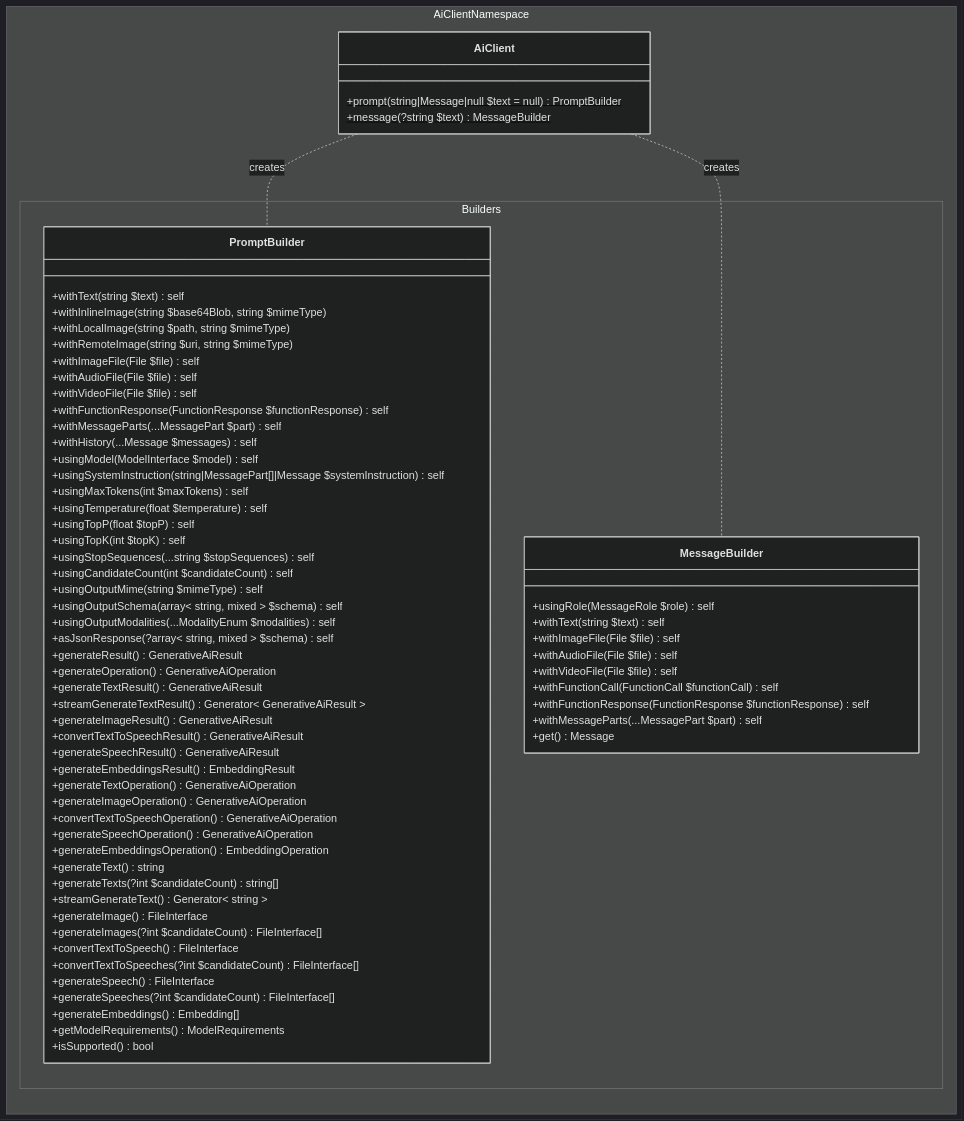
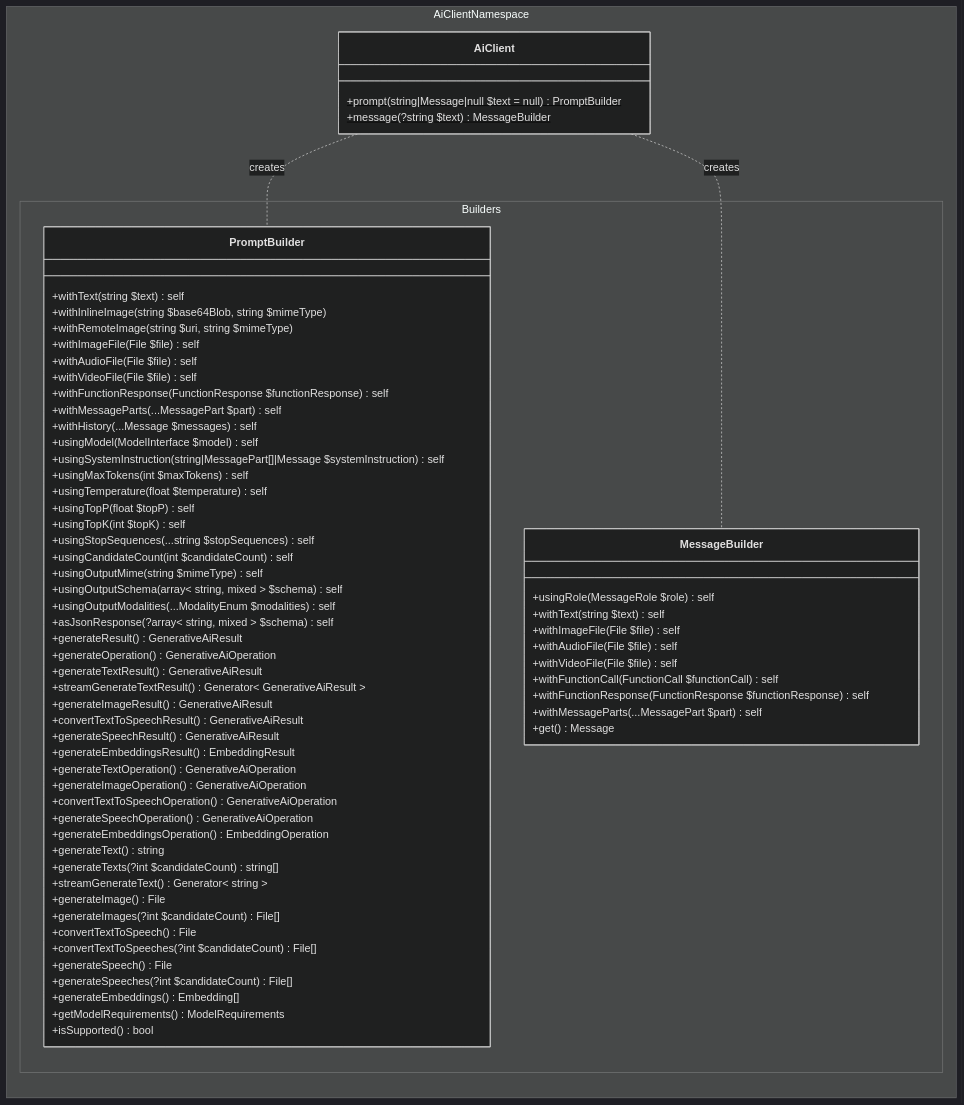
One commit to WordPress/php-ai-client changed the first of 5 diagrams in docs/ARCHITECTURE.md. Above: the diagram before and after it, drawn with Mermaid (dark theme). The commit also changed other lines of this file, not shown here.

Commit message:
Update architecture to have correctly outline revised file API layer.

````diff
--- a/docs/ARCHITECTURE.md
+++ b/docs/ARCHITECTURE.md
@@ -288,82 +288,81 @@
 ```mermaid
 ---
 config:
   class:
     hideEmptyMembersBox: true
 ---
 classDiagram
 direction LR
     namespace AiClientNamespace {
         class AiClient {
             +prompt(string|Message|null $text = null) PromptBuilder$
             +message(?string $text) MessageBuilder$
         }
     }
 
     namespace AiClientNamespace.Builders {
         class PromptBuilder {
             +withText(string $text) self
             +withInlineImage(string $base64Blob, string $mimeType)
-            +withLocalImage(string $path, string $mimeType)
             +withRemoteImage(string $uri, string $mimeType)
             +withImageFile(File $file) self
             +withAudioFile(File $file) self
             +withVideoFile(File $file) self
             +withFunctionResponse(FunctionResponse $functionResponse) self
             +withMessageParts(...MessagePart $part) self
             +withHistory(...Message $messages) self
             +usingModel(ModelInterface $model) self
             +usingSystemInstruction(string|MessagePart[]|Message $systemInstruction) self
             +usingMaxTokens(int $maxTokens) self
             +usingTemperature(float $temperature) self
             +usingTopP(float $topP) self
             +usingTopK(int $topK) self
             +usingStopSequences(...string $stopSequences) self
             +usingCandidateCount(int $candidateCount) self
             +usingOutputMime(string $mimeType) self
             +usingOutputSchema(array< string, mixed > $schema) self
             +usingOutputModalities(...ModalityEnum $modalities) self
             +asJsonResponse(?array< string, mixed > $schema) self
             +generateResult() GenerativeAiResult
             +generateOperation() GenerativeAiOperation
             +generateTextResult() GenerativeAiResult
             +streamGenerateTextResult() Generator< GenerativeAiResult >
             +generateImageResult() GenerativeAiResult
             +convertTextToSpeechResult() GenerativeAiResult
             +generateSpeechResult() GenerativeAiResult
             +generateEmbeddingsResult() EmbeddingResult
             +generateTextOperation() GenerativeAiOperation
             +generateImageOperation() GenerativeAiOperation
             +convertTextToSpeechOperation() GenerativeAiOperation
             +generateSpeechOperation() GenerativeAiOperation
             +generateEmbeddingsOperation() EmbeddingOperation
             +generateText() string
             +generateTexts(?int $candidateCount) string[]
             +streamGenerateText() Generator< string >
-            +generateImage() FileInterface
-            +generateImages(?int $candidateCount) FileInterface[]
-            +convertTextToSpeech() FileInterface
-            +convertTextToSpeeches(?int $candidateCount) FileInterface[]
-            +generateSpeech() FileInterface
-            +generateSpeeches(?int $candidateCount) FileInterface[]
+            +generateImage() File
+            +generateImages(?int $candidateCount) File[]
+            +convertTextToSpeech() File
+            +convertTextToSpeeches(?int $candidateCount) File[]
+            +generateSpeech() File
+            +generateSpeeches(?int $candidateCount) File[]
             +generateEmbeddings() Embedding[]
             +getModelRequirements() ModelRequirements
             +isSupported() bool
         }
 
         class MessageBuilder {
             +usingRole(MessageRole $role) self
             +withText(string $text) self
             +withImageFile(File $file) self
             +withAudioFile(File $file) self
             +withVideoFile(File $file) self
             +withFunctionCall(FunctionCall $functionCall) self
             +withFunctionResponse(FunctionResponse $functionResponse) self
             +withMessageParts(...MessagePart $part) self
             +get() Message
         }
     }
 
     AiClient .. PromptBuilder : creates
     AiClient .. MessageBuilder : creates
 ```
````
